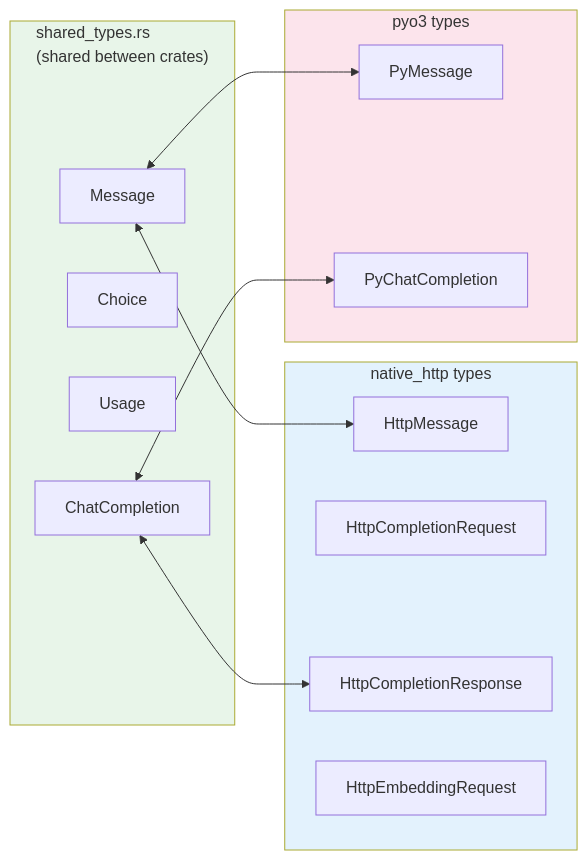
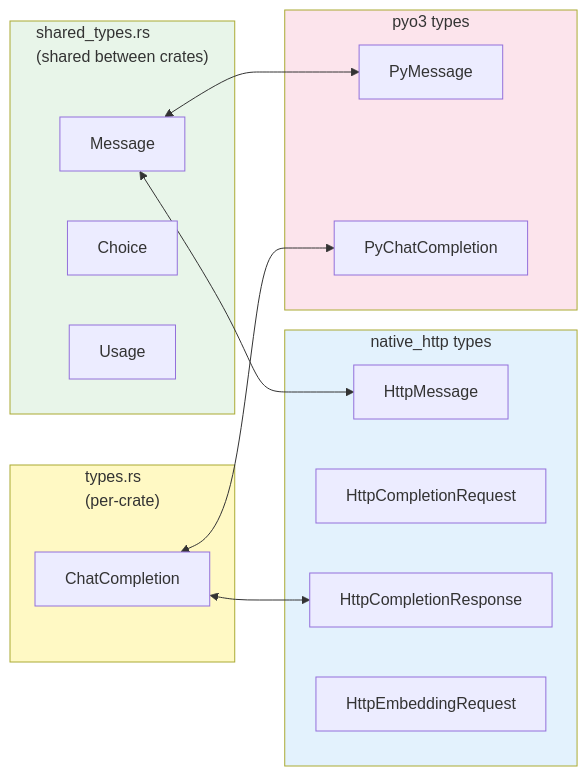
One commit to CipherOcto/cipherocto changed diagram 12 of 19 in docs/architecture/quota-router-architecture.md. Above: the diagram before and after it, drawn with Mermaid. The commit also changed other lines of this file, not shown here.

First line of the commit message:
docs: fix 33 inaccuracies in architecture document via adversarial review

````diff
--- a/docs/architecture/quota-router-architecture.md
+++ b/docs/architecture/quota-router-architecture.md
@@ -659,30 +715,34 @@
 ```mermaid
 graph LR
     subgraph Shared["shared_types.rs<br/>(shared between crates)"]
         S1[Message]
         S2[Choice]
         S3[Usage]
-        S4[ChatCompletion]
+    end
+
+    subgraph Types["types.rs<br/>(per-crate)"]
+        T1[ChatCompletion]
     end
 
     subgraph Core["native_http types"]
         C1[HttpMessage]
         C2[HttpCompletionRequest]
         C3[HttpCompletionResponse]
         C4[HttpEmbeddingRequest]
     end
 
     subgraph PyO3["pyo3 types"]
         P1[PyMessage]
         P2[PyChatCompletion]
     end
 
     S1 <--> C1
-    S4 <--> C3
+    T1 <--> C3
     S1 <--> P1
-    S4 <--> P2
+    T1 <--> P2
 
     style Shared fill:#e8f5e9
+    style Types fill:#fff9c4
     style Core fill:#e3f2fd
     style PyO3 fill:#fce4ec
 ```
````
